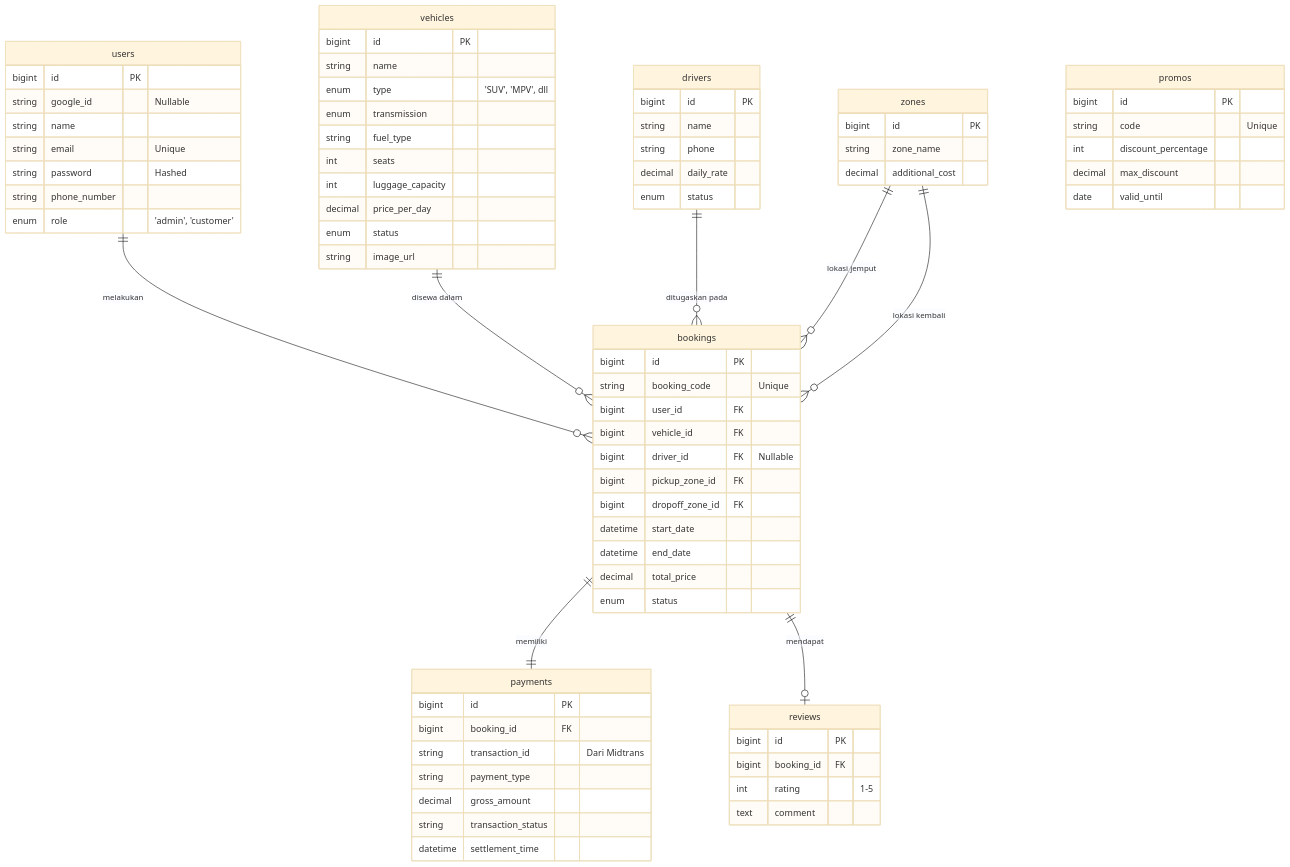
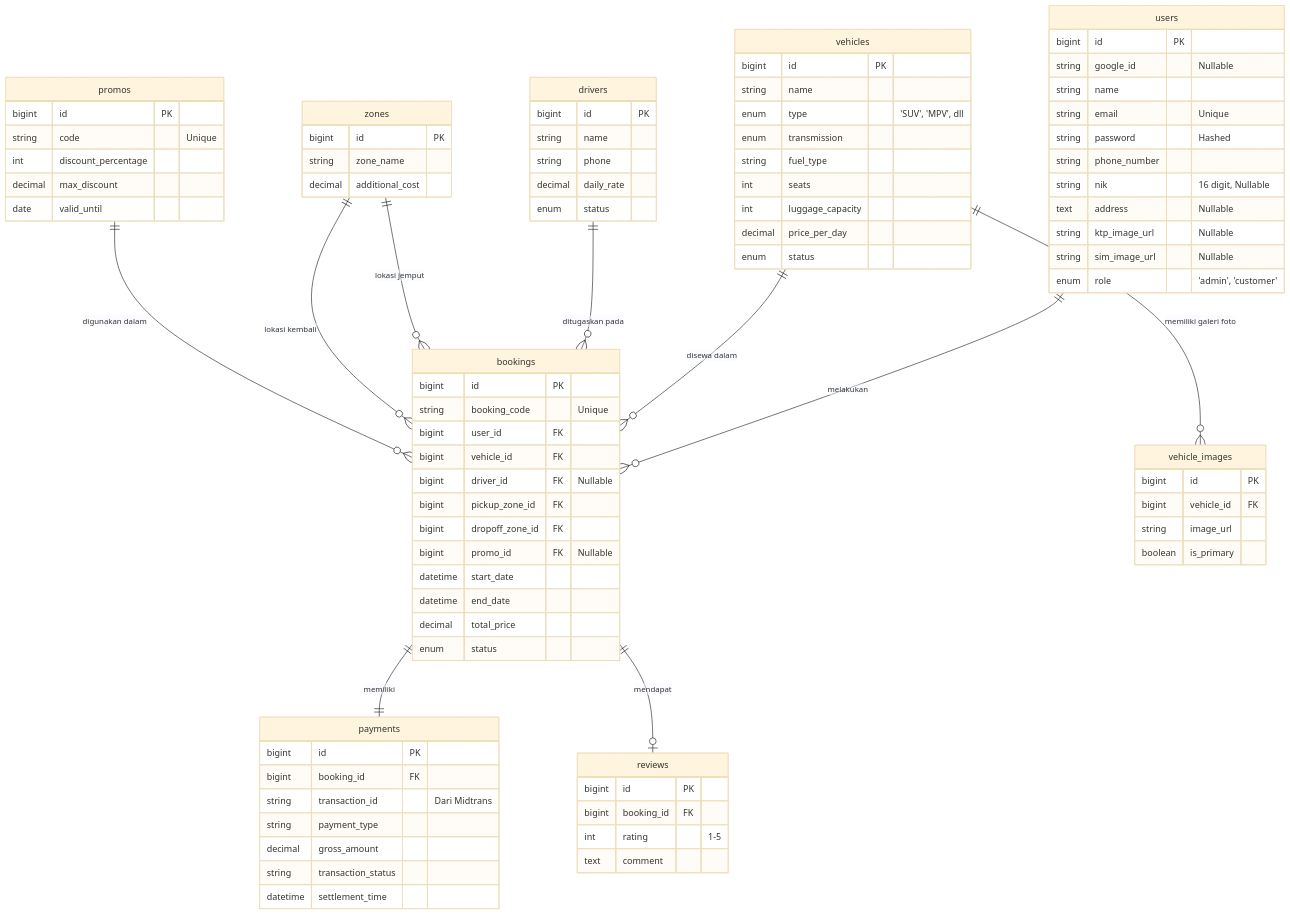
The diagram in README.md (rahmadwidiansyah/KlikRental), drawn with Mermaid (base theme) before and after one commit. The commit also changed other lines of this file, not shown here.

Commit message:
feat: update README with live demo link and enhance documentation on deployment, features, and database schema

```diff
--- a/README.md
+++ b/README.md
@@ -67,11 +110,13 @@
 erDiagram
     users ||--o{ bookings : "melakukan"
     vehicles ||--o{ bookings : "disewa dalam"
+    vehicles ||--o{ vehicle_images : "memiliki galeri foto"
     drivers ||--o{ bookings : "ditugaskan pada"
     zones ||--o{ bookings : "lokasi jemput"
     zones ||--o{ bookings : "lokasi kembali"
     bookings ||--|| payments : "memiliki"
     bookings ||--o| reviews : "mendapat"
+    promos ||--o{ bookings : "digunakan dalam"
 
     users {
         bigint id PK
@@ -80,6 +125,10 @@
         string email "Unique"
         string password "Hashed"
         string phone_number
+        string nik "16 digit, Nullable"
+        text address "Nullable"
+        string ktp_image_url "Nullable"
+        string sim_image_url "Nullable"
         enum role "'admin', 'customer'"
     }
 
@@ -93,7 +142,13 @@
         int luggage_capacity
         decimal price_per_day
         enum status
+    }
+
+    vehicle_images {
+        bigint id PK
+        bigint vehicle_id FK
         string image_url
+        boolean is_primary
     }
 
     zones {
@@ -118,6 +173,7 @@
         bigint driver_id FK "Nullable"
         bigint pickup_zone_id FK
         bigint dropoff_zone_id FK
+        bigint promo_id FK "Nullable" 
         datetime start_date
         datetime end_date
         decimal total_price
```
